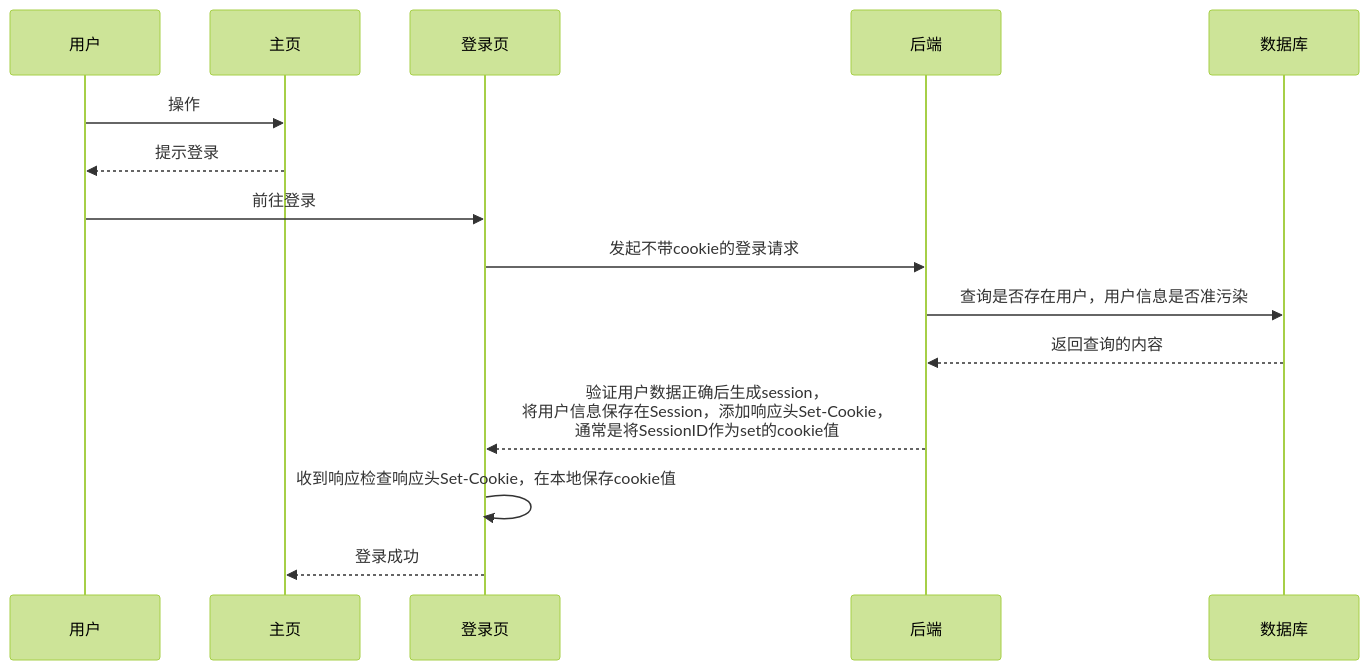
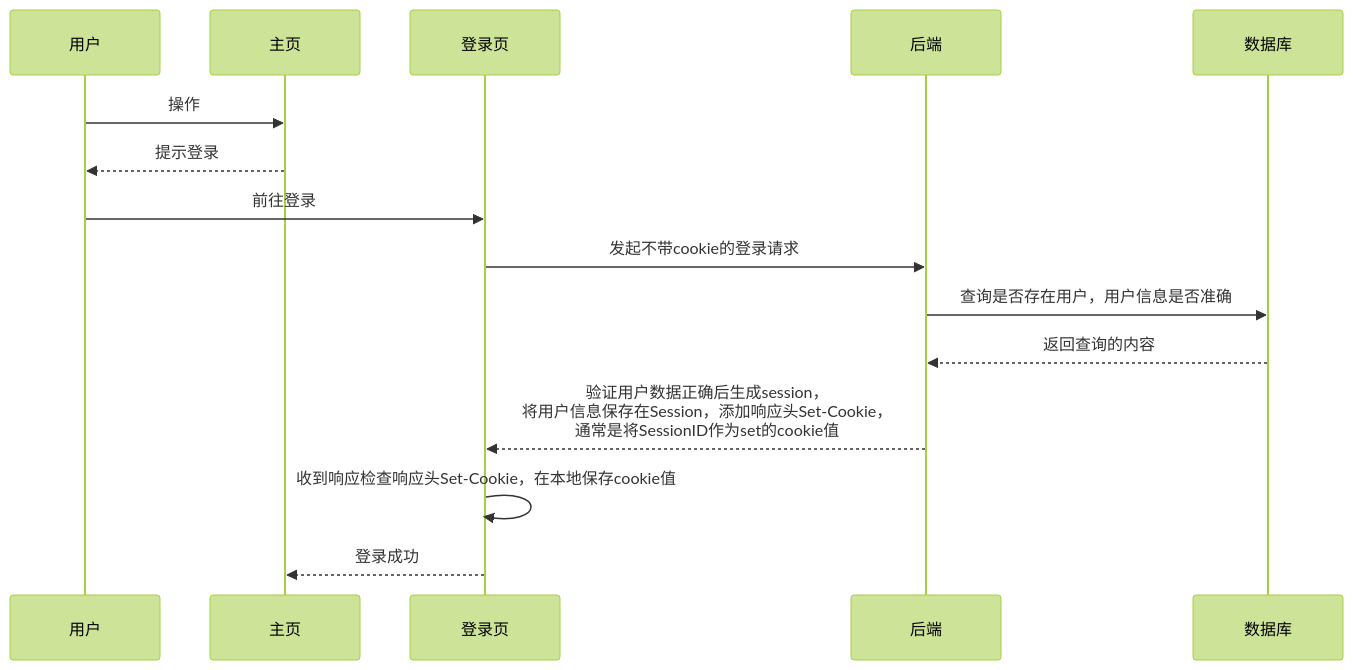
The second of 4 diagrams in docs/docs/项目/视频系统.md (dogcat-ux/my-blog), drawn with Mermaid (forest theme) before and after one commit. The commit also changed other lines of this file and 11 other files, not shown here.

````diff
--- a/docs/docs/项目/视频系统.md
+++ b/docs/docs/项目/视频系统.md
@@ -3,12 +30,12 @@
 ```mermaid
 sequenceDiagram
 用户 ->> 主页: 操作
 主页 -->> 用户: 提示登录
 用户 ->> 登录页: 前往登录
 登录页->> 后端: 发起不带cookie的登录请求
-后端 ->> 数据库: 查询是否存在用户，用户信息是否准污染
+后端 ->> 数据库: 查询是否存在用户，用户信息是否准确
 数据库-->>后端: 返回查询的内容
 后端-->>登录页: 验证用户数据正确后生成session，<br>将用户信息保存在Session，添加响应头Set-Cookie，<br>通常是将SessionID作为set的cookie值
 登录页->>登录页: 收到响应检查响应头Set-Cookie，在本地保存cookie值
 登录页 -->> 主页: 登录成功
 ```
````
